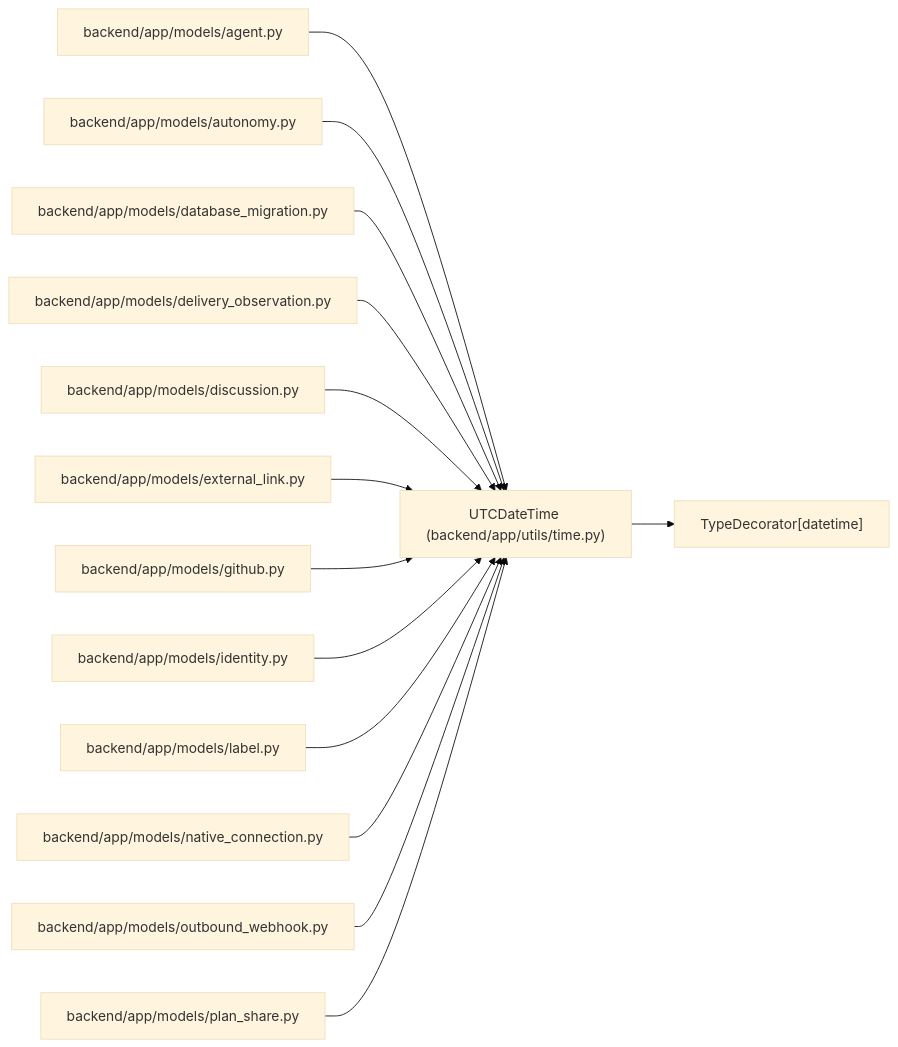
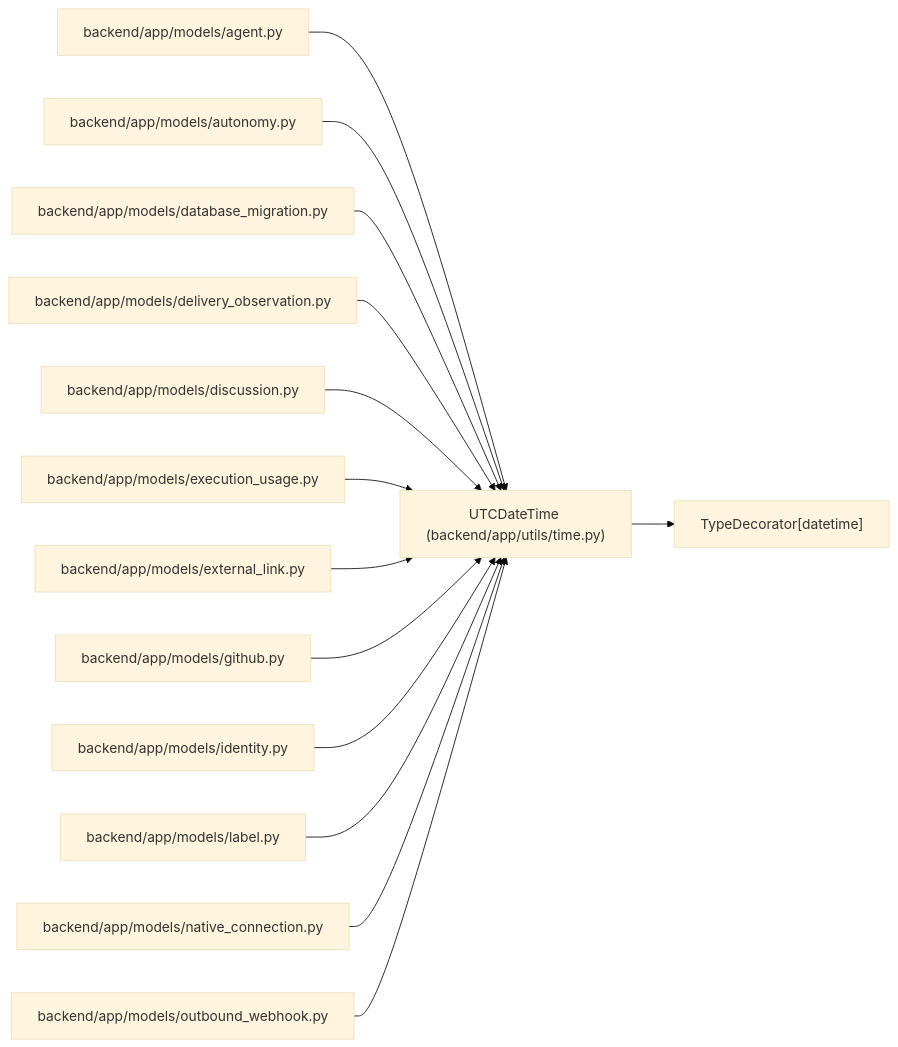
Before and after one commit to Denissvgn/WorkChord: the diagram in docs/llm_wiki/entities/UTCDateTime.md, drawn with Mermaid (base theme). The commit also changed other lines of this file and 623 other files, not shown here.

Commit message:
docs(wiki): synchronize execution usage and pricing evidence

````diff
--- a/docs/llm_wiki/entities/UTCDateTime.md
+++ b/docs/llm_wiki/entities/UTCDateTime.md
@@ -31,43 +31,43 @@
 ```mermaid
 flowchart LR
     n0["UTCDateTime (backend/app/utils/time.py)"]
     n1["TypeDecorator[datetime]"]
     n2["backend/app/models/agent.py"]
     n3["backend/app/models/autonomy.py"]
     n4["backend/app/models/database_migration.py"]
     n5["backend/app/models/delivery_observation.py"]
     n6["backend/app/models/discussion.py"]
-    n7["backend/app/models/external_link.py"]
-    n8["backend/app/models/github.py"]
-    n9["backend/app/models/identity.py"]
-    n10["backend/app/models/label.py"]
-    n11["backend/app/models/native_connection.py"]
-    n12["backend/app/models/outbound_webhook.py"]
-    n13["backend/app/models/plan_share.py"]
+    n7["backend/app/models/execution_usage.py"]
+    n8["backend/app/models/external_link.py"]
+    n9["backend/app/models/github.py"]
+    n10["backend/app/models/identity.py"]
+    n11["backend/app/models/label.py"]
+    n12["backend/app/models/native_connection.py"]
+    n13["backend/app/models/outbound_webhook.py"]
     n0 --> n1
     n2 --> n0
     n3 --> n0
     n4 --> n0
     n5 --> n0
     n6 --> n0
     n7 --> n0
     n8 --> n0
     n9 --> n0
     n10 --> n0
     n11 --> n0
     n12 --> n0
     n13 --> n0
     click n0 "../modules/time.md"
     click n2 "../modules/models_agent.md"
     click n3 "../modules/models_autonomy.md"
     click n4 "../modules/models_database_migration.md"
     click n5 "../modules/delivery_observation.md"
     click n6 "../modules/models_discussion.md"
-    click n7 "../modules/models_external_link.md"
-    click n8 "../modules/models_github.md"
-    click n9 "../modules/models_identity.md"
-    click n10 "../modules/models_label.md"
-    click n11 "../modules/native_connection.md"
-    click n12 "../modules/models_outbound_webhook.md"
-    click n13 "../modules/models_plan_share.md"
+    click n7 "../modules/models_execution_usage.md"
+    click n8 "../modules/models_external_link.md"
+    click n9 "../modules/models_github.md"
+    click n10 "../modules/models_identity.md"
+    click n11 "../modules/models_label.md"
+    click n12 "../modules/native_connection.md"
+    click n13 "../modules/models_outbound_webhook.md"
 ```
````
